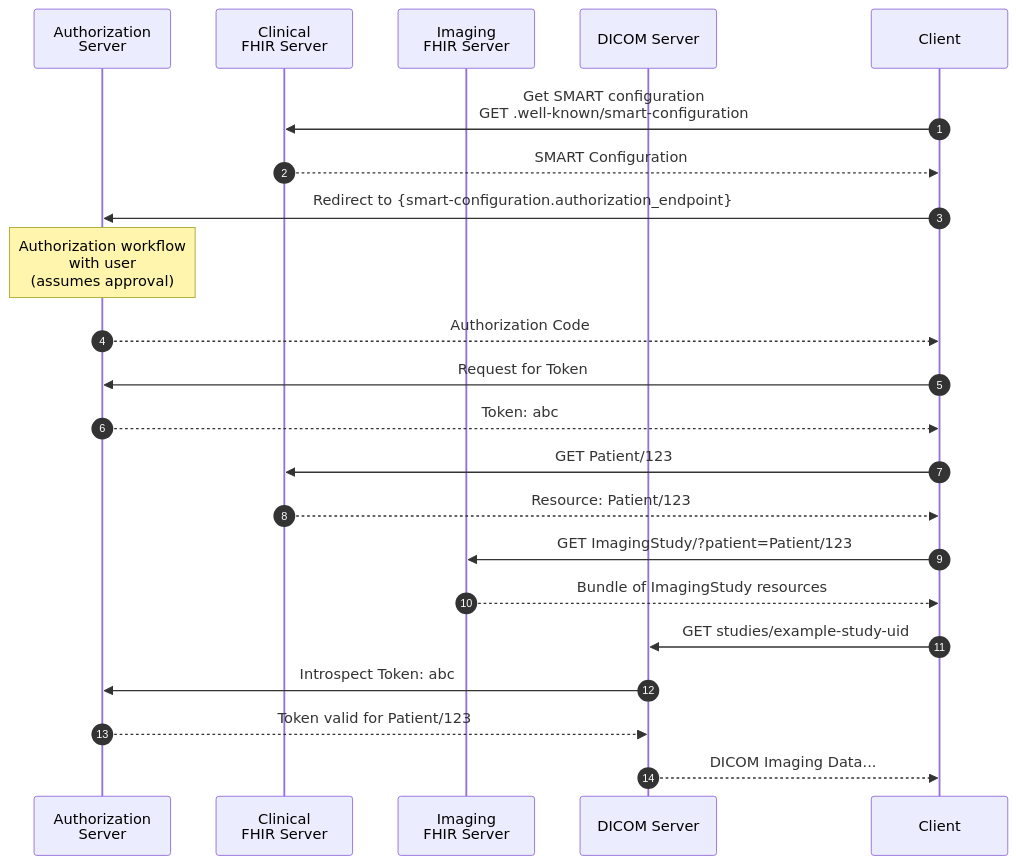
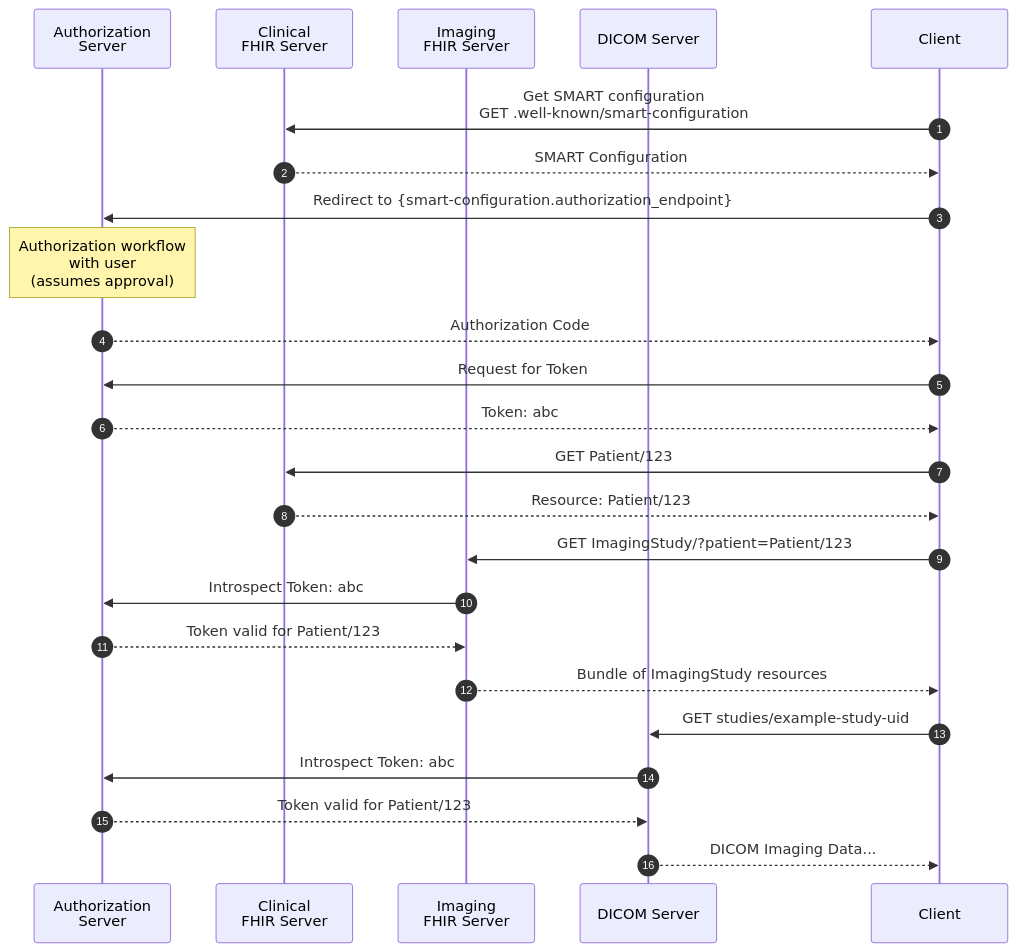
One commit to sync-for-science/imaging changed the diagram in README.md. Above: the diagram before and after it, drawn with Mermaid.

Commit message:
Fix diagram for introspection

````diff
--- a/README.md
+++ b/README.md
@@ -38,24 +38,26 @@
 ```mermaid
 sequenceDiagram
   autonumber
   participant AS as Authorization<br/>Server
   participant CFS as Clinical<br/>FHIR Server
   participant IFS as Imaging<br/>FHIR Server
   participant D as DICOM Server
   participant C as Client
   C->>CFS: Get SMART configuration<br/>GET .well-known/smart-configuration
   CFS-->>C: SMART Configuration
   C->>AS: Redirect to {smart-configuration.authorization_endpoint}
   Note over AS: Authorization workflow<br/>with user<br/>(assumes approval)
   AS-->>C: Authorization Code
   C->>AS: Request for Token
   AS-->>C: Token: abc
   C->>CFS: GET Patient/123
   CFS-->>C: Resource: Patient/123
   C->>IFS: GET ImagingStudy/?patient=Patient/123
+  IFS->>AS: Introspect Token: abc
+  AS-->>IFS: Token valid for Patient/123
   IFS-->>C: Bundle of ImagingStudy resources
   C->>D: GET studies/example-study-uid
   D->>AS: Introspect Token: abc
   AS-->>D: Token valid for Patient/123
   D-->>C: DICOM Imaging Data...
 ```
````
